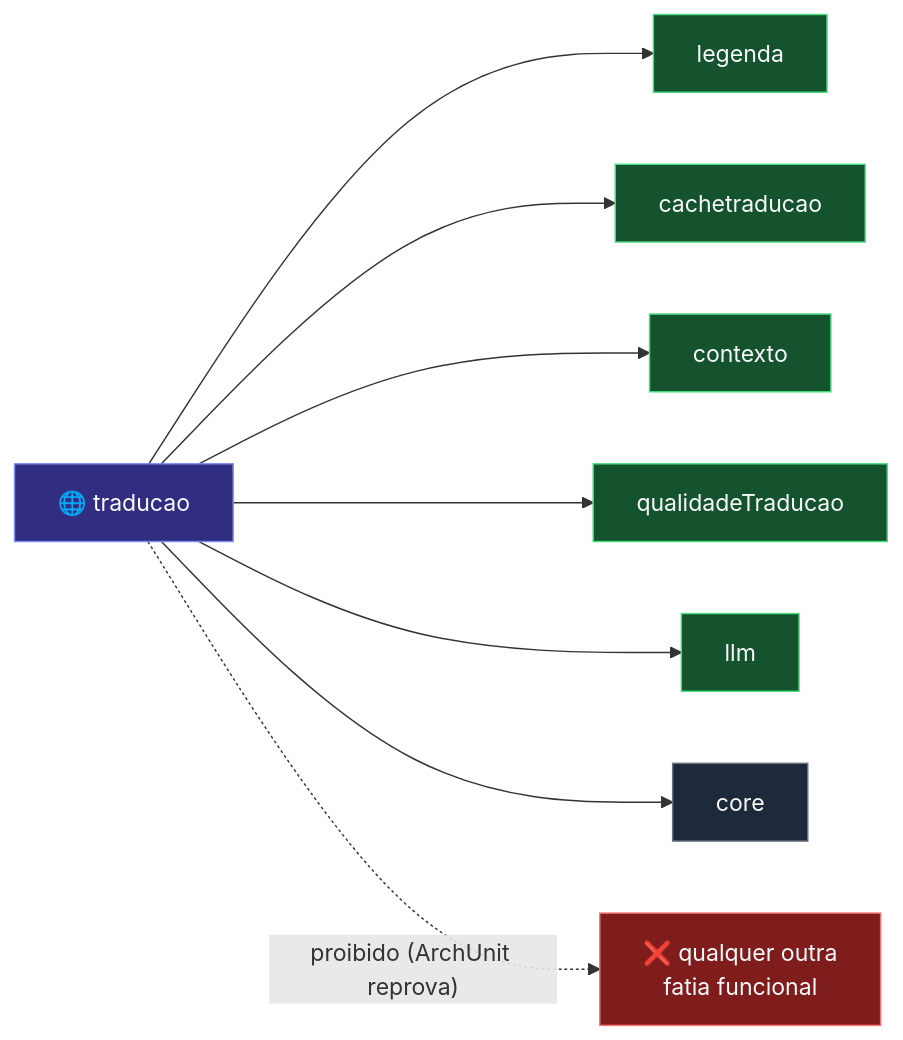
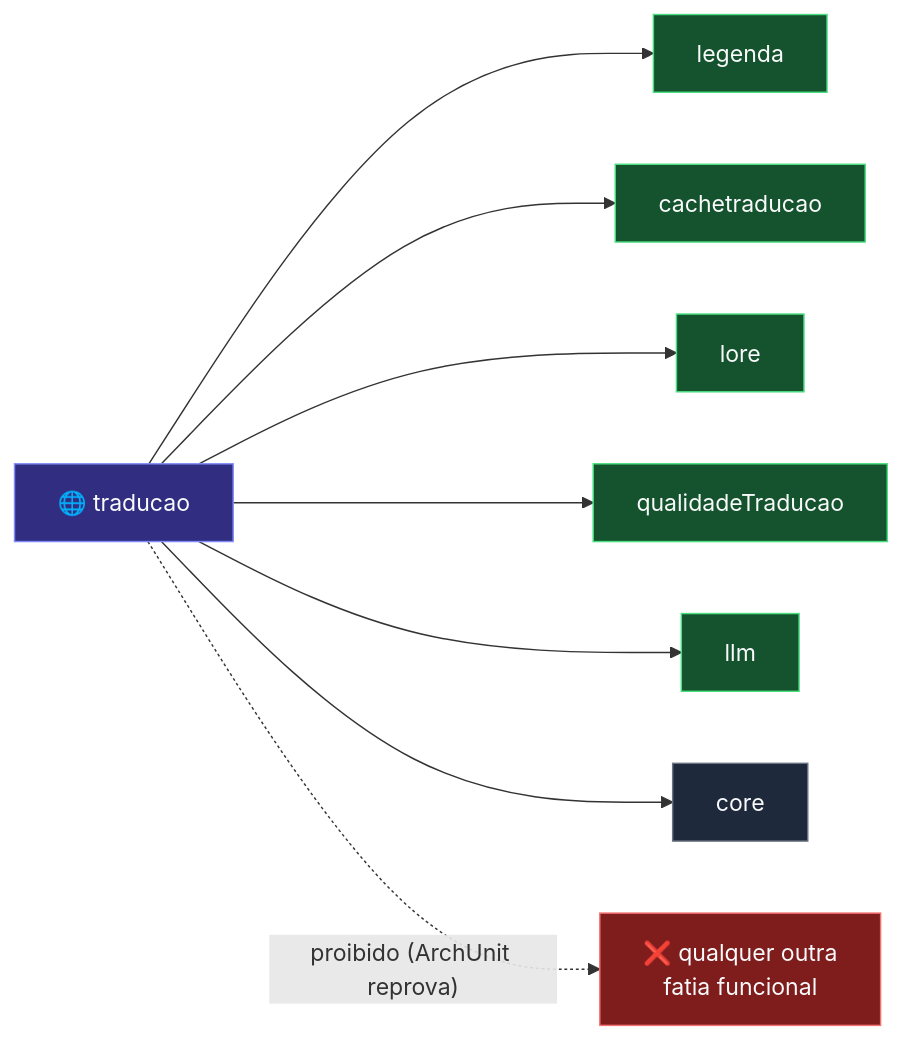
Before and after one commit to carmipa/traducao_animes_llm_local_quarkus-1: the second of 5 diagrams in docs/arquitetura.md, drawn with Mermaid. The commit also changed other lines of this file and 35 other files, not shown here.

````diff
--- a/docs/arquitetura.md
+++ b/docs/arquitetura.md
@@ -124,24 +145,24 @@
 ```mermaid
 graph LR
     TRAD["🌐 traducao"]:::hub
     LEG["legenda"]:::peer
     CACHE["cachetraducao"]:::peer
-    CTX["contexto"]:::peer
+    CTX["lore"]:::peer
     QUAL["qualidadeTraducao"]:::peer
     LLM["llm"]:::peer
     CORE["core"]:::base
     OUTRA["❌ qualquer outra<br/>fatia funcional"]:::proib
 
     TRAD --> LEG
     TRAD --> CACHE
     TRAD --> CTX
     TRAD --> QUAL
     TRAD --> LLM
     TRAD --> CORE
     TRAD -. "proibido (ArchUnit reprova)" .-> OUTRA
 
     classDef hub fill:#312e81,stroke:#818CF8,color:#F9FAFB
     classDef peer fill:#14532d,stroke:#4ADE80,color:#F9FAFB
     classDef base fill:#1e293b,stroke:#6B7280,color:#F9FAFB
     classDef proib fill:#7f1d1d,stroke:#F87171,color:#F9FAFB
 ```
````
